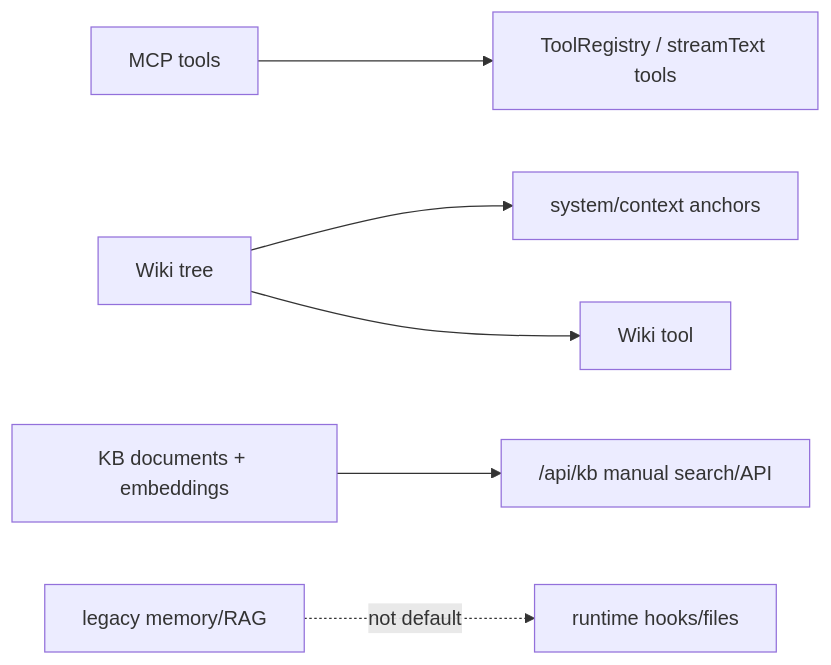
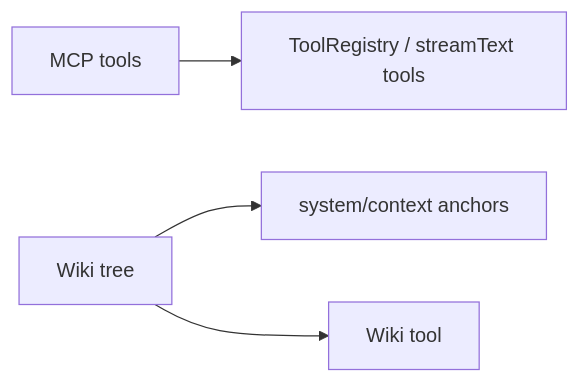
The third of 3 diagrams in docs/arch/06-knowledge-subsystems.md (LanicBlue/zero-core), drawn with Mermaid before and after one commit. The commit also changed other lines of this file, not shown here.

First line of the commit message:
docs(arch): rewrite 06-knowledge-subsystems for KB/Gen1-memory removal

````diff
--- a/docs/arch/06-knowledge-subsystems.md
+++ b/docs/arch/06-knowledge-subsystems.md
@@ -340,8 +248,6 @@
 ```mermaid
 graph LR
     MCP["MCP tools"] --> Tools["ToolRegistry / streamText tools"]
     Wiki["Wiki tree"] --> Anchors["system/context anchors"]
     Wiki --> WikiTool["Wiki tool"]
-    KB["KB documents + embeddings"] --> KBApi["/api/kb manual search/API"]
-    Legacy["legacy memory/RAG"] -. not default .-> Runtime["runtime hooks/files"]
 ```
````
